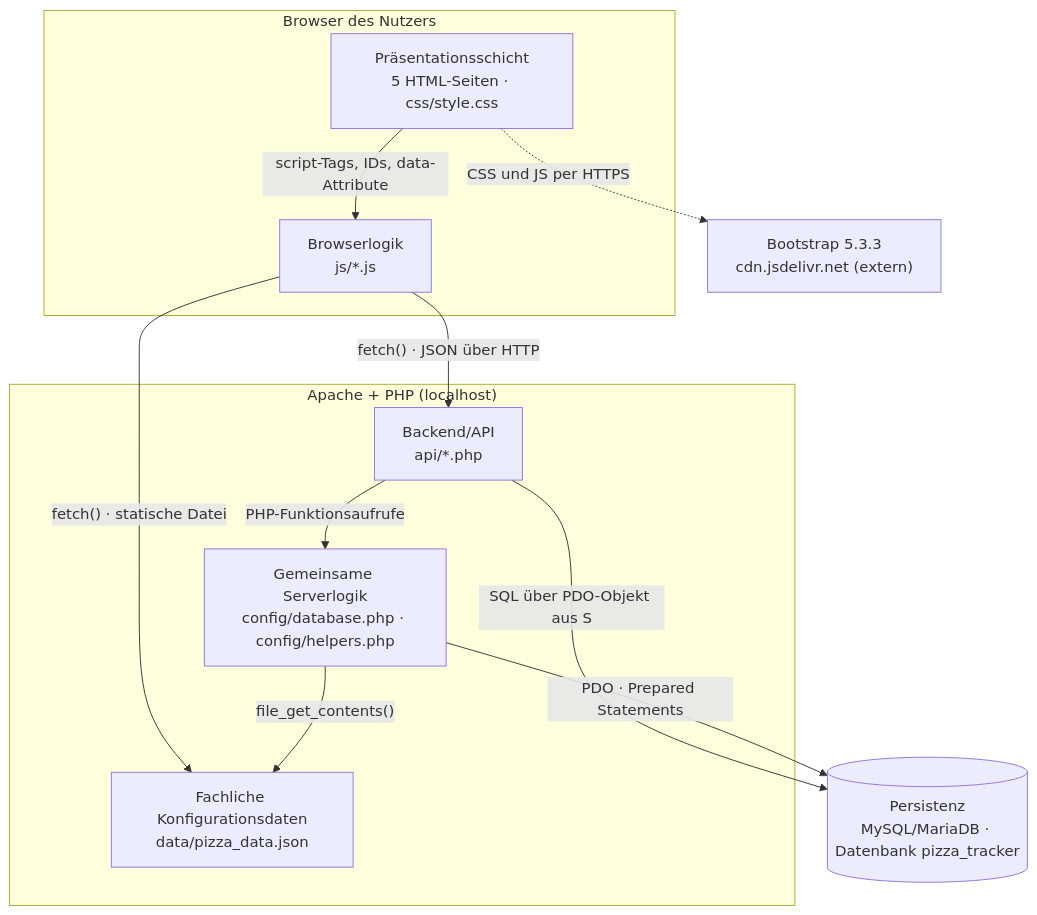
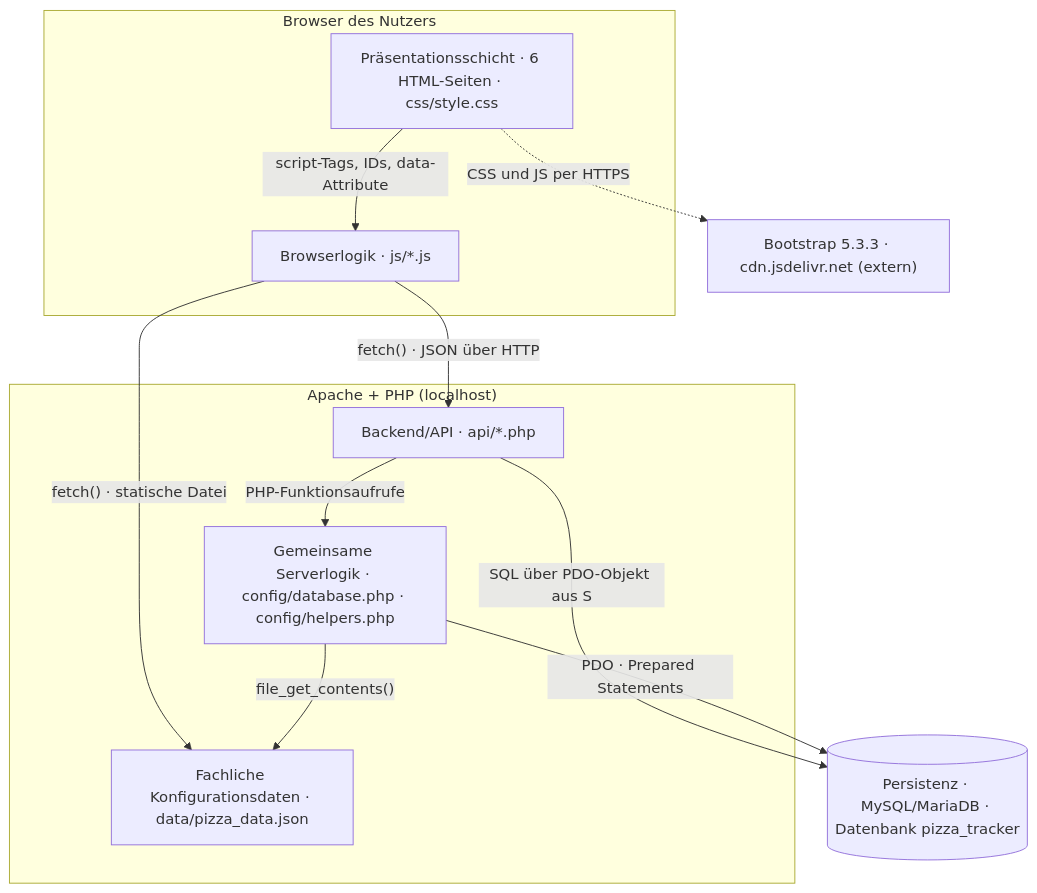
The first of 3 diagrams in docs/arch/A05 - Bausteinsicht.md (Familienmann89/Pizza-Tracker-), drawn with Mermaid before and after one commit. The commit also changed other lines of this file, not shown here.

````diff
--- a/docs/arch/A05 - Bausteinsicht.md
+++ b/docs/arch/A05 - Bausteinsicht.md
@@ -30,23 +33,23 @@
 ```mermaid
 flowchart TD
     subgraph Browser["Browser des Nutzers"]
-        P["Präsentationsschicht<br/>5 HTML-Seiten · css/style.css"]
-        B["Browserlogik<br/>js/*.js"]
+        P["Präsentationsschicht · 6 HTML-Seiten · css/style.css"]
+        B["Browserlogik · js/*.js"]
     end
     subgraph Server["Apache + PHP (localhost)"]
-        A["Backend/API<br/>api/*.php"]
-        S["Gemeinsame Serverlogik<br/>config/database.php · config/helpers.php"]
-        F["Fachliche Konfigurationsdaten<br/>data/pizza_data.json"]
+        A["Backend/API · api/*.php"]
+        S["Gemeinsame Serverlogik · config/database.php · config/helpers.php"]
+        F["Fachliche Konfigurationsdaten · data/pizza_data.json"]
     end
-    D[("Persistenz<br/>MySQL/MariaDB · Datenbank pizza_tracker")]
-    CDN["Bootstrap 5.3.3<br/>cdn.jsdelivr.net (extern)"]
+    D[("Persistenz · MySQL/MariaDB · Datenbank pizza_tracker")]
+    CDN["Bootstrap 5.3.3 · cdn.jsdelivr.net (extern)"]
 
     P -->|"script-Tags, IDs, data-Attribute"| B
     B -->|"fetch() · JSON über HTTP"| A
     B -->|"fetch() · statische Datei"| F
     A -->|"PHP-Funktionsaufrufe"| S
     S -->|"file_get_contents()"| F
     A -->|"SQL über PDO-Objekt aus S"| D
     S -->|"PDO · Prepared Statements"| D
     P -.->|"CSS und JS per HTTPS"| CDN
 ```
````
